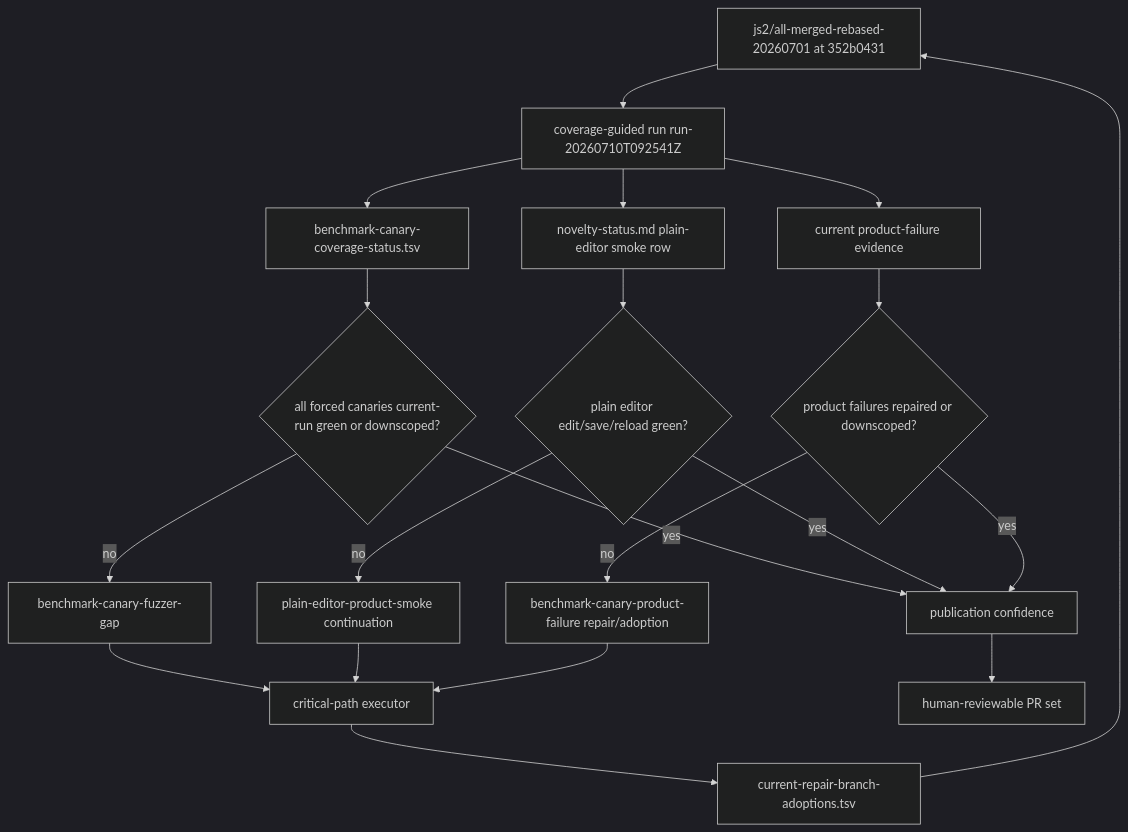
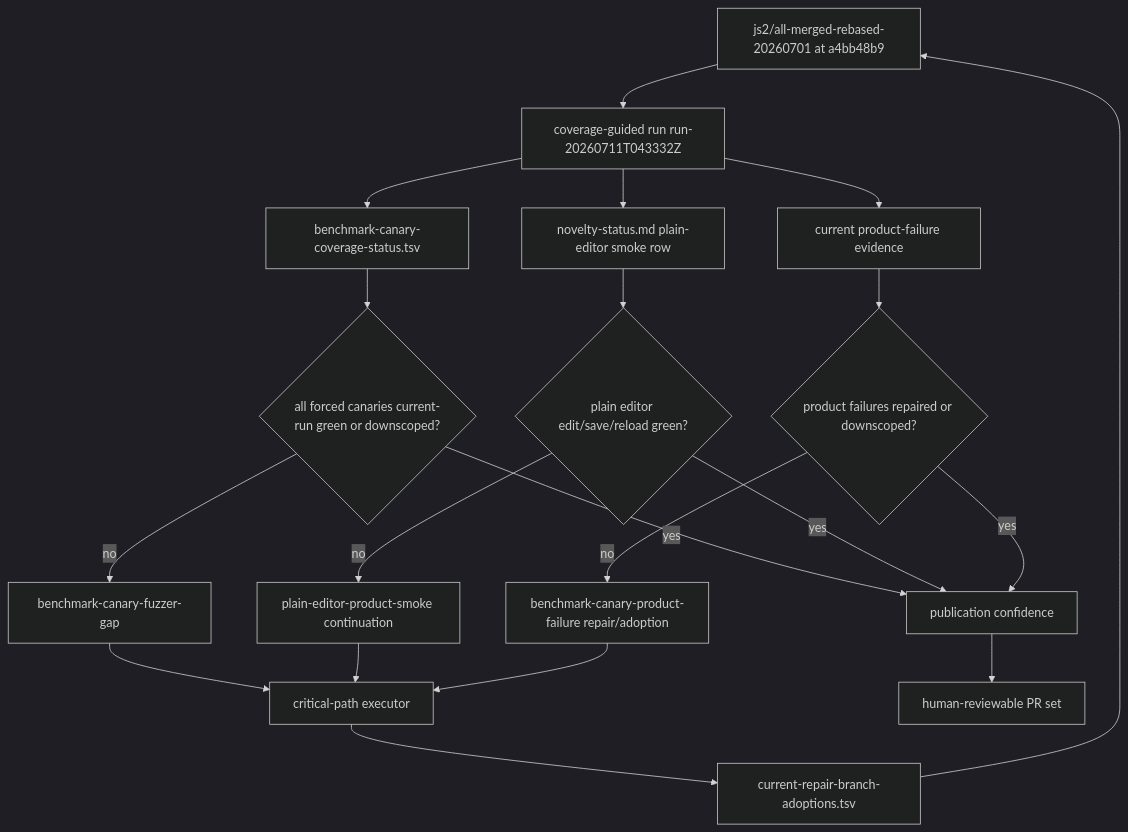
Before and after one commit to danluu/gutenberg: the sixth of 13 diagrams in docs/explanations/architecture/rtc-jetstream2-fuzzing-architecture-and-loops-20260515.md, drawn with Mermaid (dark theme). The commit also changed other lines of this file and 7 other files, not shown here.

````diff
--- a/docs/explanations/architecture/rtc-jetstream2-fuzzing-architecture-and-loops-20260515.md
+++ b/docs/explanations/architecture/rtc-jetstream2-fuzzing-architecture-and-loops-20260515.md
@@ -912,26 +1010,26 @@
 ```mermaid
 flowchart TB
-    Candidate[js2/all-merged-rebased-20260701 at 352b0431] --> CoverageRun[coverage-guided run run-20260710T092541Z]
+    Candidate[js2/all-merged-rebased-20260701 at a4bb48b9] --> CoverageRun[coverage-guided run run-20260711T043332Z]
     CoverageRun --> CanaryStatus[benchmark-canary-coverage-status.tsv]
     CoverageRun --> SmokeStatus[novelty-status.md plain-editor smoke row]
     CoverageRun --> ProductEvidence[current product-failure evidence]
 
     CanaryStatus --> CanaryGate{all forced canaries current-run green or downscoped?}
     SmokeStatus --> SmokeGate{plain editor edit/save/reload green?}
     ProductEvidence --> ProductGate{product failures repaired or downscoped?}
 
     CanaryGate -->|no| FuzzerGap[benchmark-canary-fuzzer-gap]
     SmokeGate -->|no| PlainSmoke[plain-editor-product-smoke continuation]
     ProductGate -->|no| ProductRepair[benchmark-canary-product-failure repair/adoption]
 
     FuzzerGap --> Critical[critical-path executor]
     PlainSmoke --> Critical
     ProductRepair --> Critical
     Critical --> Adoption[current-repair-branch-adoptions.tsv]
     Adoption --> Candidate
 
     CanaryGate -->|yes| PublishReady[publication confidence]
     SmokeGate -->|yes| PublishReady
     ProductGate -->|yes| PublishReady
     PublishReady --> MaintainerPR[human-reviewable PR set]
 ```
````
